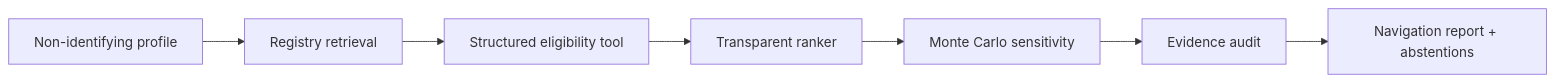
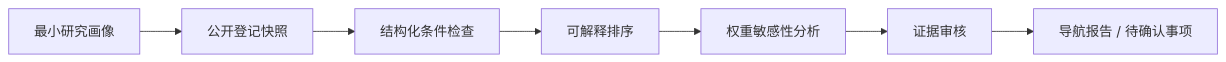
One commit to Jacob-Zjy/neuro-nav-agent changed the diagram in README.md. Above: the diagram before and after it, drawn with Mermaid. The commit also changed other lines of this file and 10 other files, not shown here.

````diff
--- a/README.md
+++ b/README.md
@@ -23,9 +55,9 @@
 ```mermaid
 flowchart LR
-    A[Non-identifying profile] --> B[Registry retrieval]
-    B --> C[Structured eligibility tool]
-    C --> D[Transparent ranker]
-    D --> E[Monte Carlo sensitivity]
-    E --> F[Evidence audit]
-    F --> G[Navigation report + abstentions]
+    A["最小研究画像"] --> B["公开登记快照"]
+    B --> C["结构化条件检查"]
+    C --> D["可解释排序"]
+    D --> E["权重敏感性分析"]
+    E --> F["证据审核"]
+    F --> G["导航报告 / 待确认事项"]
 ```
````
